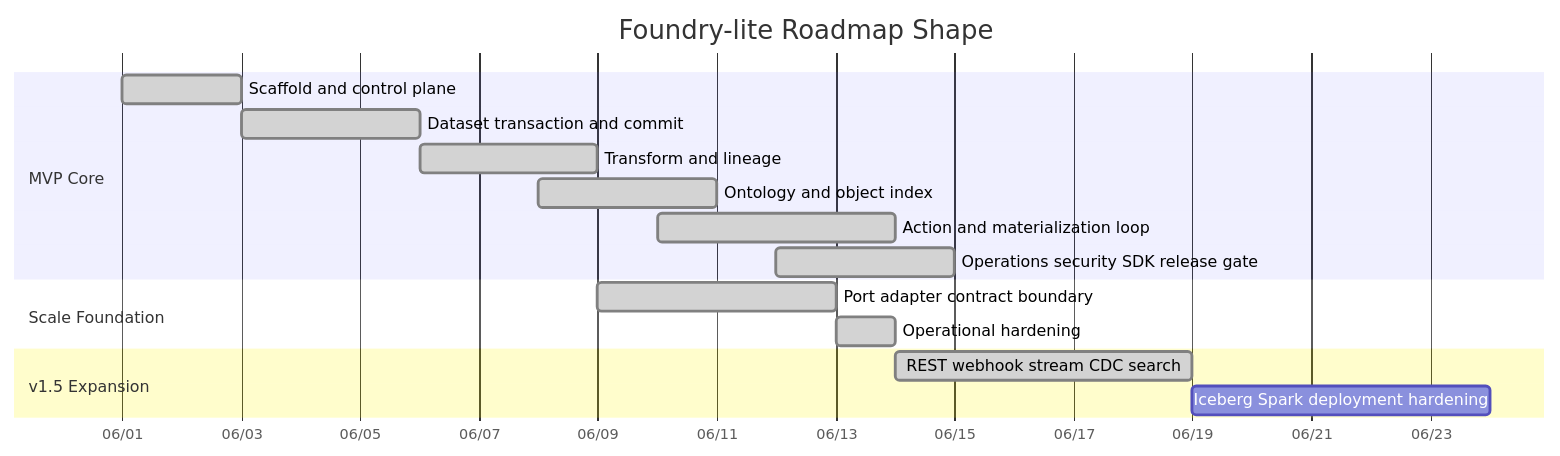
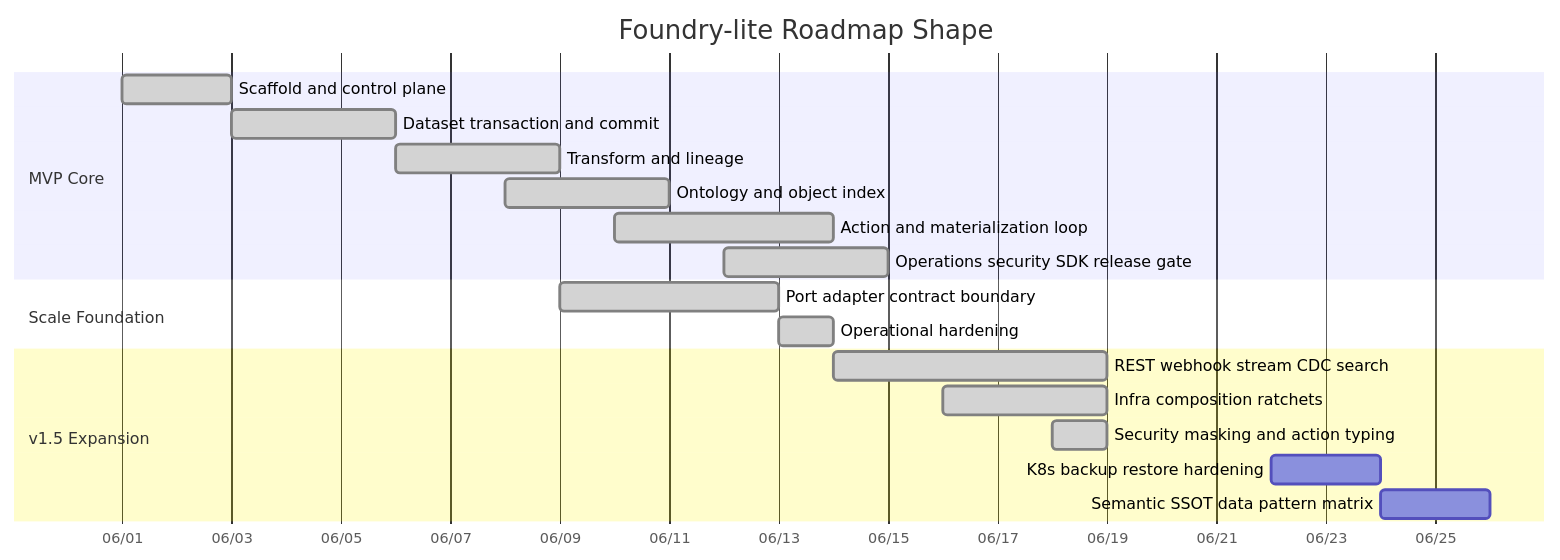
Diagram 13 of 13 in README.md (ludia8888/foundry-lite), drawn with Mermaid before and after one commit. The commit also changed other lines of this file and 15 other files, not shown here.

````diff
--- a/README.md
+++ b/README.md
@@ -857,19 +857,22 @@
 ```mermaid
 gantt
     title Foundry-lite Roadmap Shape
     dateFormat  YYYY-MM-DD
     axisFormat  %m/%d
     section MVP Core
     Scaffold and control plane           :done, s01, 2026-06-01, 2d
     Dataset transaction and commit       :done, s03, 2026-06-03, 3d
     Transform and lineage                :done, s11, 2026-06-06, 3d
     Ontology and object index            :done, s15, 2026-06-08, 3d
     Action and materialization loop      :done, s24, 2026-06-10, 4d
     Operations security SDK release gate :done, s33, 2026-06-12, 3d
     section Scale Foundation
     Port adapter contract boundary       :done, s02a, 2026-06-09, 4d
     Operational hardening                :done, s36a, 2026-06-13, 1d
     section v1.5 Expansion
     REST webhook stream CDC search       :done, s37, 2026-06-14, 5d
-    Iceberg Spark deployment hardening   :s43, 2026-06-19, 5d
+    Infra composition ratchets           :done, s43, 2026-06-16, 3d
+    Security masking and action typing   :done, s43b, 2026-06-18, 1d
+    K8s backup restore hardening         :s45, 2026-06-22, 2d
+    Semantic SSOT data pattern matrix    :s46, 2026-06-24, 2d
 ```
````
